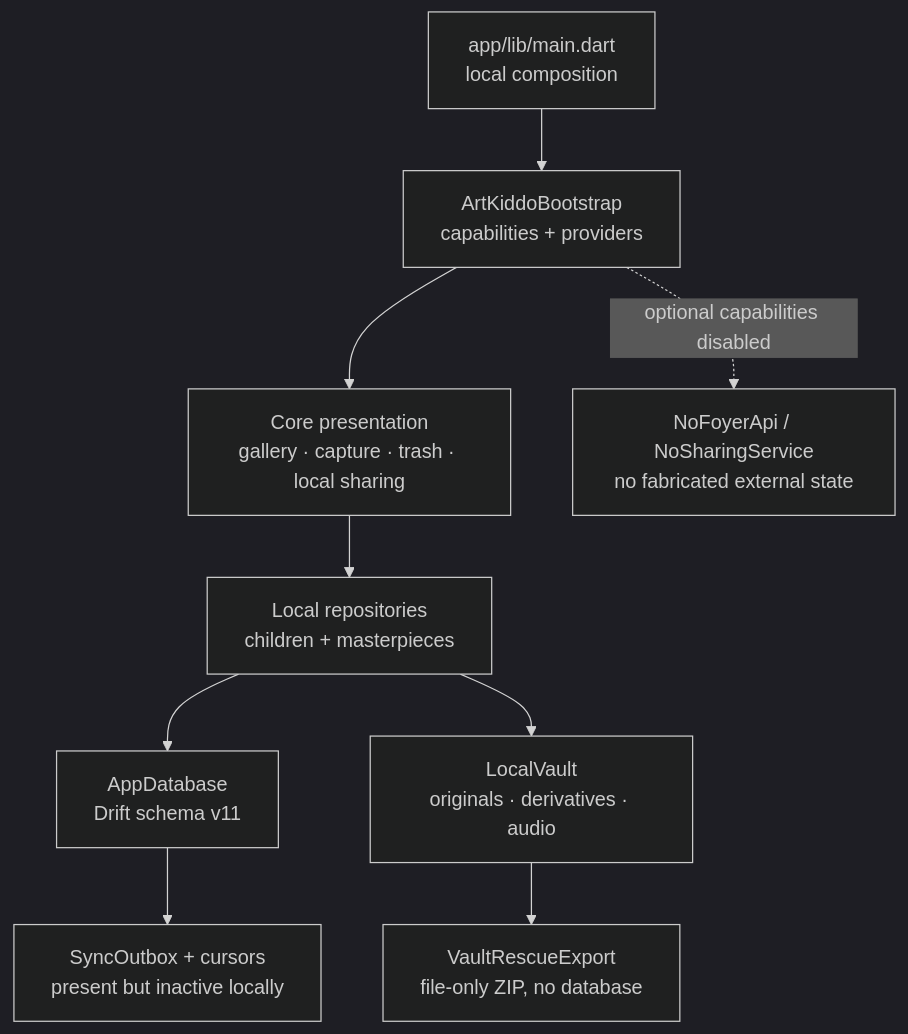
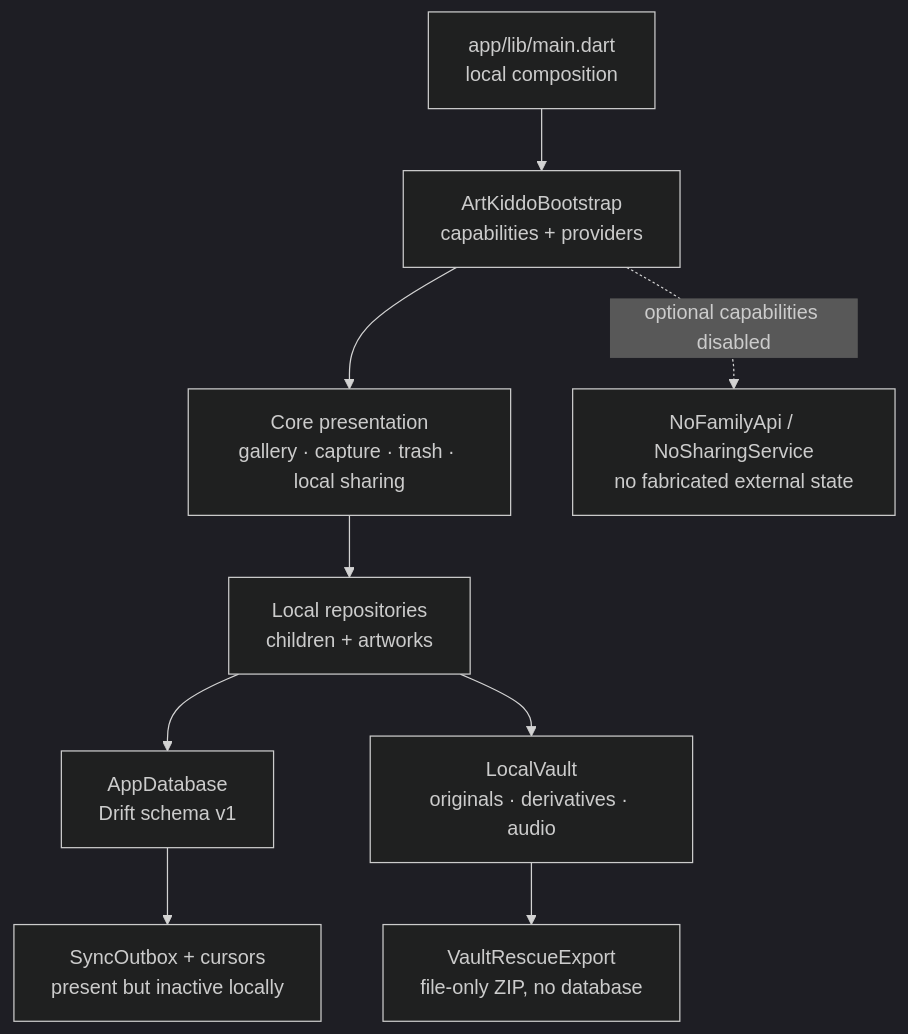
Before and after one commit to KooliFab/artkiddo: the first of 2 diagrams in docs/architecture/current-state.md, drawn with Mermaid (dark theme). The commit also changed other lines of this file and 80 other files, not shown here.

First line of the commit message:
refactor(core)!: adopt family/artwork names and reset local schema

````diff
--- a/docs/architecture/current-state.md
+++ b/docs/architecture/current-state.md
@@ -36,11 +36,11 @@
 ```mermaid
 flowchart TD
   App["app/lib/main.dart\nlocal composition"] --> Bootstrap["ArtKiddoBootstrap\ncapabilities + providers"]
   Bootstrap --> UI["Core presentation\ngallery · capture · trash · local sharing"]
-  UI --> Repos["Local repositories\nchildren + masterpieces"]
-  Repos --> DB["AppDatabase\nDrift schema v11"]
+  UI --> Repos["Local repositories\nchildren + artworks"]
+  Repos --> DB["AppDatabase\nDrift schema v1"]
   Repos --> Vault["LocalVault\noriginals · derivatives · audio"]
   DB --> Outbox["SyncOutbox + cursors\npresent but inactive locally"]
   Vault --> Rescue["VaultRescueExport\nfile-only ZIP, no database"]
-  Bootstrap -. "optional capabilities disabled" .-> NoRemote["NoFoyerApi / NoSharingService\nno fabricated external state"]
+  Bootstrap -. "optional capabilities disabled" .-> NoRemote["NoFamilyApi / NoSharingService\nno fabricated external state"]
 ```
````
